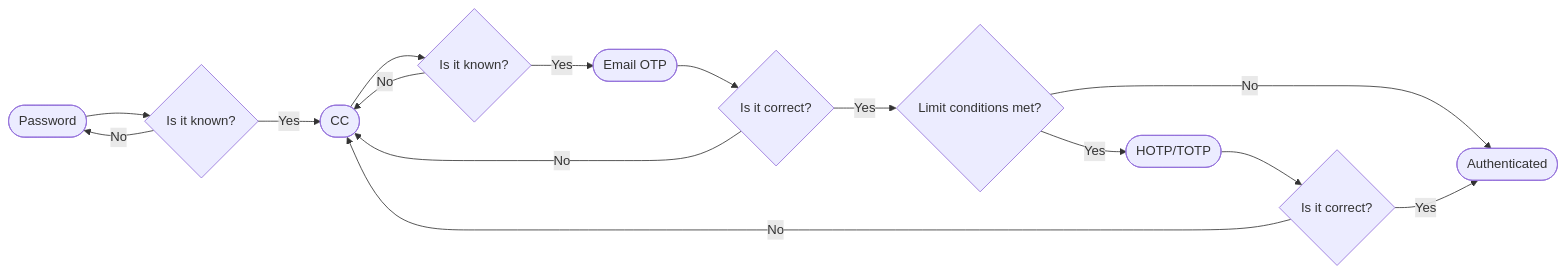
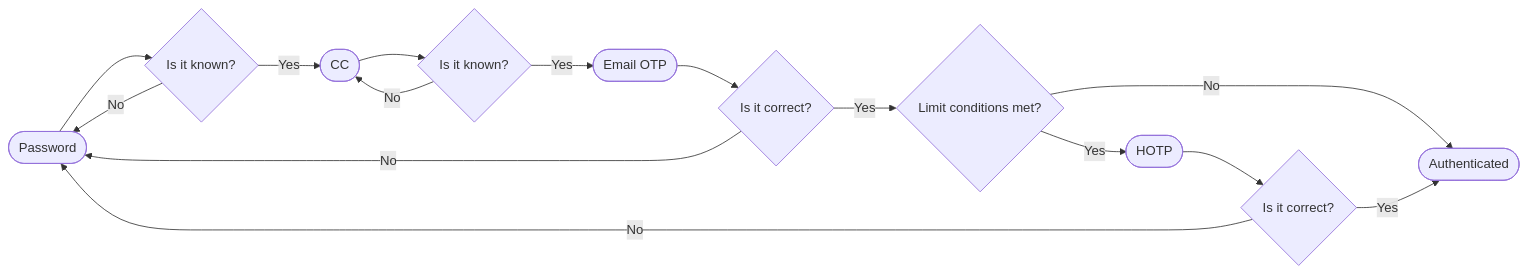
Before and after one commit to davidjosearaujo/iaa-idp-client: the third of 6 diagrams in docs/reports/final_report.md, drawn with Mermaid. The commit also changed other lines of this file, not shown here.

````diff
--- a/docs/reports/final_report.md
+++ b/docs/reports/final_report.md
@@ -120,17 +125,17 @@
 ```{.mermaid caption="Account Manager Portal authentication flow."}
 flowchart LR
   K([Password]) --> I{Is it known?}
   I -- Yes --> A
   I -- No --> K
   A([CC]) --> B{Is it known?}
   B -- Yes --> D([Email OTP])
   B -- No --> A
   D --> E{Is it correct?}
   E -- Yes --> H{Limit conditions met?}
-  H -- Yes --> C([HOTP/TOTP])
+  H -- Yes --> C([HOTP])
   H -- No --> G
   C --> F{Is it correct?}
   F -- Yes --> G([Authenticated])
-  F -- No --> A
-  E -- No --> A
+  F -- No --> K
+  E -- No --> K
 ```
````
